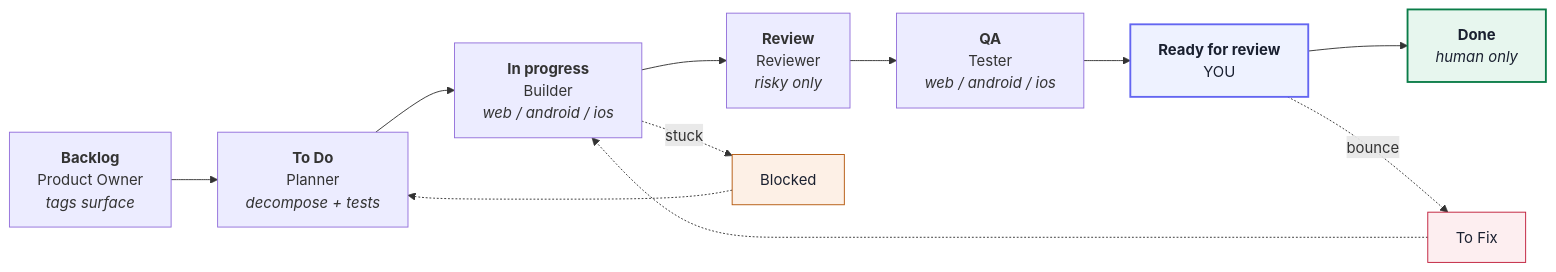
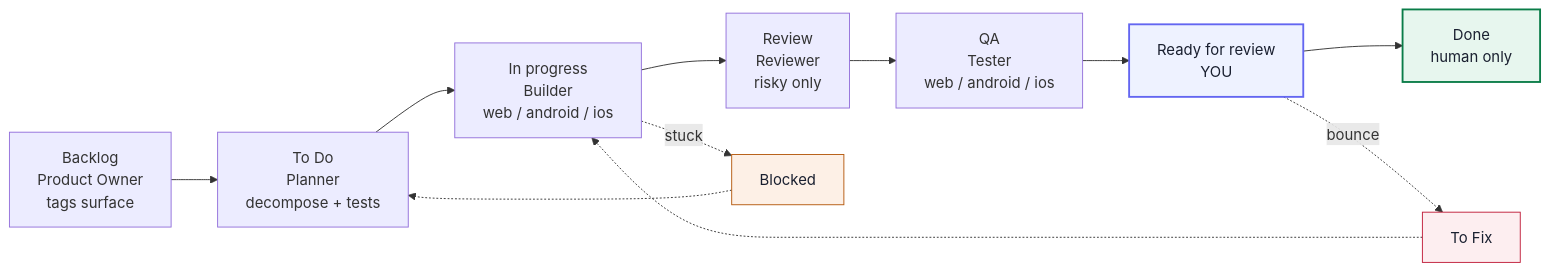
The first of 2 diagrams in README.md (Amer-Hassani/kanban-multiagent-implementation), drawn with Mermaid before and after one commit. The commit also changed other lines of this file and 3 other files, not shown here.

````diff
--- a/README.md
+++ b/README.md
@@ -20,18 +24,18 @@
 ```mermaid
 flowchart LR
-    PO["<b>Backlog</b><br/>Product Owner<br/><i>tags surface</i>"] --> TD["<b>To Do</b><br/>Planner<br/><i>decompose + tests</i>"]
-    TD --> IP["<b>In progress</b><br/>Builder<br/><i>web / android / ios</i>"]
-    IP --> RV["<b>Review</b><br/>Reviewer<br/><i>risky only</i>"]
-    RV --> QA["<b>QA</b><br/>Tester<br/><i>web / android / ios</i>"]
-    QA --> RFR["<b>Ready for review</b><br/>YOU"]
-    RFR --> DN["<b>Done</b><br/><i>human only</i>"]
+    PO["Backlog<br/>Product Owner<br/>tags surface"] --> TD["To Do<br/>Planner<br/>decompose + tests"]
+    TD --> IP["In progress<br/>Builder<br/>web / android / ios"]
+    IP --> RV["Review<br/>Reviewer<br/>risky only"]
+    RV --> QA["QA<br/>Tester<br/>web / android / ios"]
+    QA --> RFR["Ready for review<br/>YOU"]
+    RFR --> DN["Done<br/>human only"]
     RFR -.bounce.-> TF["To Fix"]
     TF -.-> IP
     IP -.stuck.-> BL["Blocked"]
     BL -.-> TD
 
     style RFR fill:#eef2ff,stroke:#6366f1,stroke-width:2px,color:#1a2030
     style DN fill:#e7f6ee,stroke:#0a7c48,stroke-width:2px,color:#1a2030
     style TF fill:#fdeef0,stroke:#c01d3a,color:#1a2030
     style BL fill:#fdf0e6,stroke:#b5590d,color:#1a2030
 ```
````
